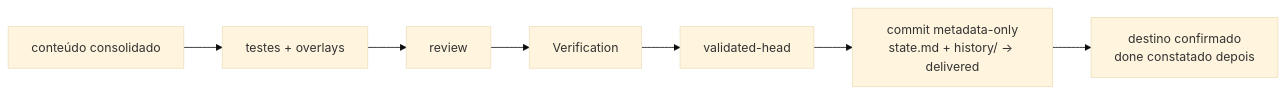
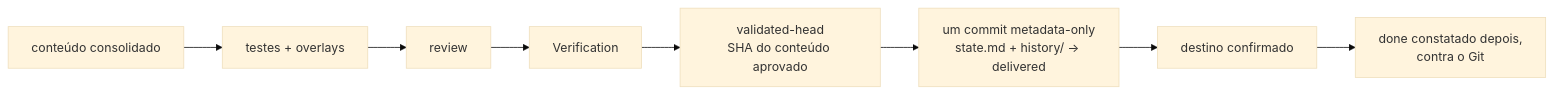
The sixth of 8 diagrams in README.md (rpelizza/PelizzAI), drawn with Mermaid (base theme) before and after one commit. The commit also changed other lines of this file and 1 other file, not shown here.

````diff
--- a/README.md
+++ b/README.md
@@ -283,9 +294,10 @@
 ```mermaid
 flowchart LR
     C["conteúdo consolidado"] --> T["testes + overlays"]
     T --> R["review"]
     R --> V["Verification"]
-    V --> S["validated-head"]
-    S --> M["commit metadata-only<br/>state.md + history/ → delivered"]
-    M --> X["destino confirmado<br/>done constatado depois"]
+    V --> S["validated-head<br/>SHA do conteúdo aprovado"]
+    S --> M["um commit metadata-only<br/>state.md + history/ → delivered"]
+    M --> X["destino confirmado"]
+    X --> DN["done constatado depois,<br/>contra o Git"]
 ```
````
